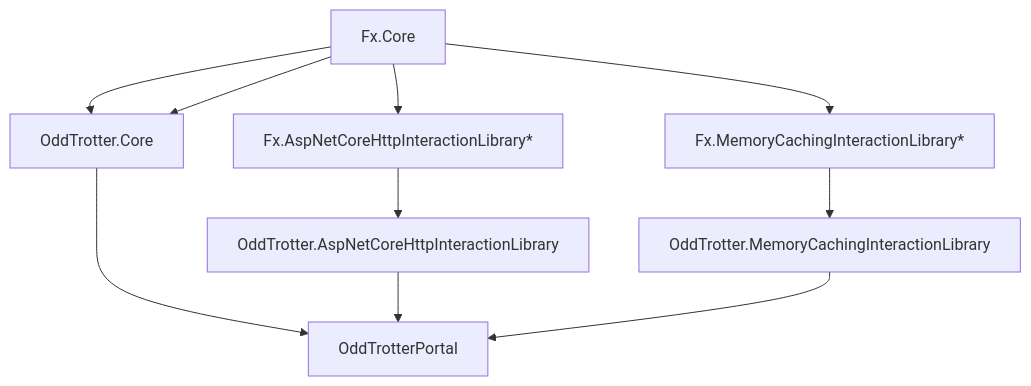
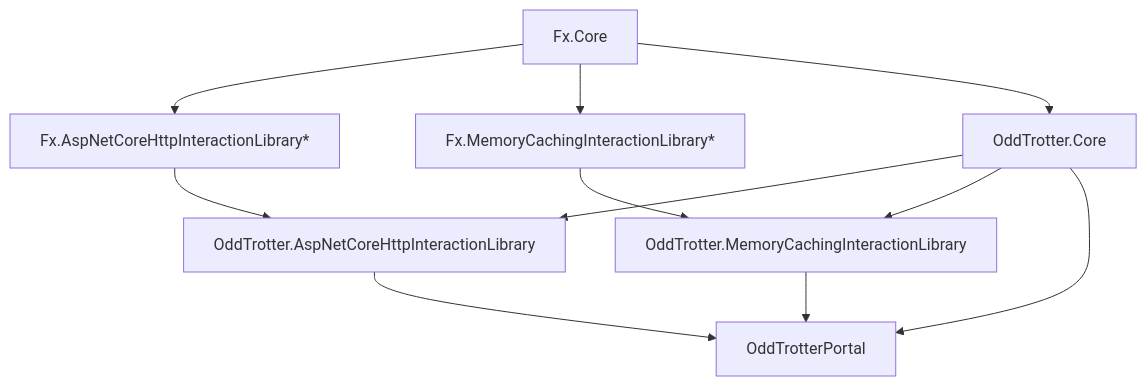
Before and after one commit to ravudet/OddTrotter2: the diagram in dependencies.md, drawn with Mermaid.

````diff
--- a/dependencies.md
+++ b/dependencies.md
@@ -14,13 +14,15 @@
 ```mermaid
 graph TD;
-    Fx.Core-->OddTrotter.Core;
     Fx.Core-->Fx.AspNetCoreHttpInteractionLibrary*;
+
     Fx.Core-->Fx.MemoryCachingInteractionLibrary*;
 
     Fx.Core-->OddTrotter.Core;
     Fx.AspNetCoreHttpInteractionLibrary*-->OddTrotter.AspNetCoreHttpInteractionLibrary;
     Fx.MemoryCachingInteractionLibrary*-->OddTrotter.MemoryCachingInteractionLibrary;
+    OddTrotter.Core-->OddTrotter.AspNetCoreHttpInteractionLibrary;
+    OddTrotter.Core-->OddTrotter.MemoryCachingInteractionLibrary;
     OddTrotter.Core-->OddTrotterPortal;
     OddTrotter.AspNetCoreHttpInteractionLibrary-->OddTrotterPortal;
     OddTrotter.MemoryCachingInteractionLibrary-->OddTrotterPortal;
 ```
````
